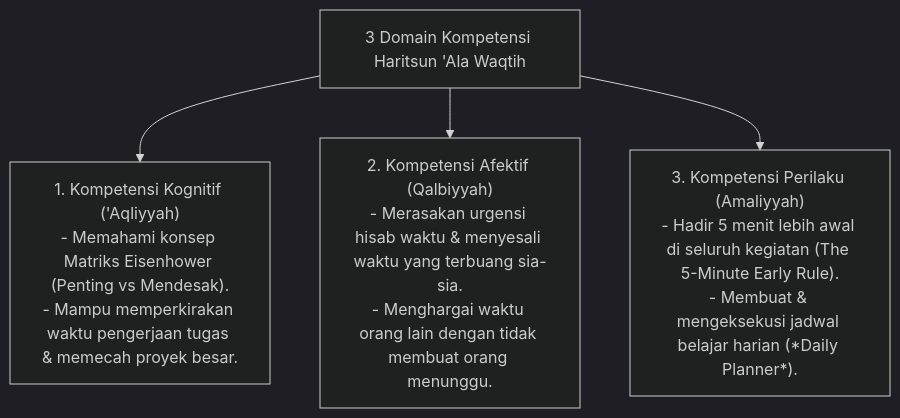
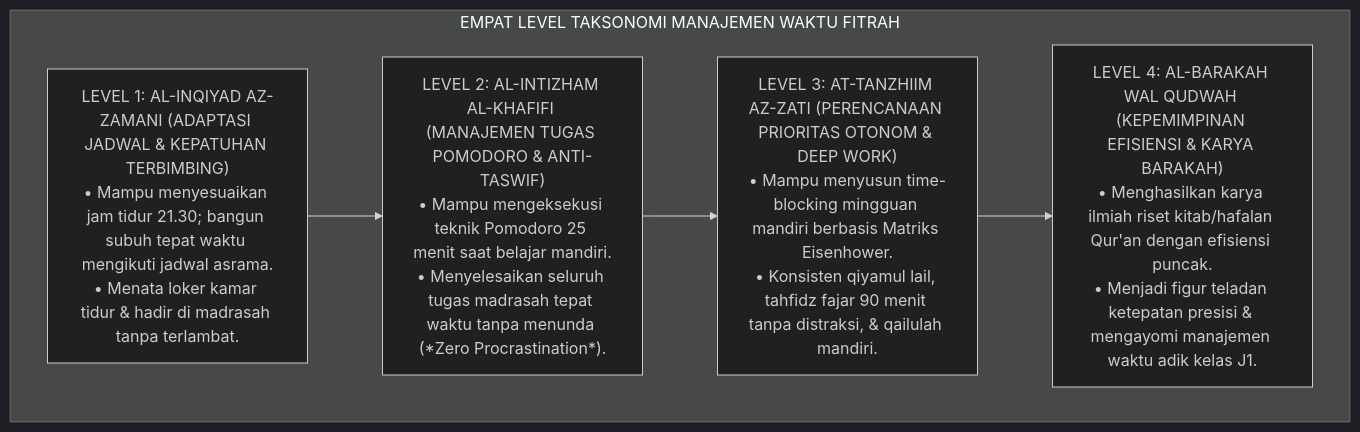
Before and after one commit to wandiapriliyandi/tumbuh: the sixth of 6 diagrams in 03 Capacity Framework/10 Haritsun Ala Waqtih/P3-10-05-Standar-Kompetensi-dan-Taksonomi.md, drawn with Mermaid (dark theme). The commit also changed other lines of this file and 14 other files, not shown here.

Commit message:
docs(03-capacity): complete all 15 research monographs for 10 Haritsun Ala Waqtih

````diff
--- a/03 Capacity Framework/10 Haritsun Ala Waqtih/P3-10-05-Standar-Kompetensi-dan-Taksonomi.md
+++ b/03 Capacity Framework/10 Haritsun Ala Waqtih/P3-10-05-Standar-Kompetensi-dan-Taksonomi.md
@@ -10,10 +163,14 @@
 ```mermaid
-graph TD
-    Domain["3 Domain Kompetensi Haritsun 'Ala Waqtih"]
-    
-    Domain --> K1["1. Kompetensi Kognitif ('Aqliyyah)<br/>- Memahami konsep Matriks Eisenhower (Penting vs Mendesak).<br/>- Mampu memperkirakan waktu pengerjaan tugas & memecah proyek besar."]
-    
-    Domain --> K2["2. Kompetensi Afektif (Qalbiyyah)<br/>- Merasakan urgensi hisab waktu & menyesali waktu yang terbuang sia-sia.<br/>- Menghargai waktu orang lain dengan tidak membuat orang menunggu."]
-    
-    Domain --> K3["3. Kompetensi Perilaku (Amaliyyah)<br/>- Hadir 5 menit lebih awal di seluruh kegiatan (The 5-Minute Early Rule).<br/>- Membuat & mengeksekusi jadwal belajar harian (*Daily Planner*)."]
+flowchart TD
+    subgraph HierarkiTaksonomiWaktuFitrah["EMPAT LEVEL TAKSONOMI MANAJEMEN WAKTU FITRAH"]
+        L4["LEVEL 4: AL-BARAKAH WAL QUDWAH (KEPEMIMPINAN EFISIENSI & KARYA BARAKAH)<br/>• Menghasilkan karya ilmiah riset kitab/hafalan Qur'an dengan efisiensi puncak.<br/>• Menjadi figur teladan ketepatan presisi & mengayomi manajemen waktu adik kelas J1."]
+        
+        L3["LEVEL 3: AT-TANZHIIM AZ-ZATI (PERENCANAAN PRIORITAS OTONOM & DEEP WORK)<br/>• Mampu menyusun time-blocking mingguan mandiri berbasis Matriks Eisenhower.<br/>• Konsisten qiyamul lail, tahfidz fajar 90 menit tanpa distraksi, & qailulah mandiri."]
+        
+        L2["LEVEL 2: AL-INTIZHAM AL-KHAFIFI (MANAJEMEN TUGAS POMODORO & ANTI-TASWIF)<br/>• Mampu mengeksekusi teknik Pomodoro 25 menit saat belajar mandiri.<br/>• Menyelesaikan seluruh tugas madrasah tepat waktu tanpa menunda (*Zero Procrastination*)."]
+        
+        L1["LEVEL 1: AL-INQIYAD AZ-ZAMANI (ADAPTASI JADWAL & KEPATUHAN TERBIMBING)<br/>• Mampu menyesuaikan jam tidur 21.30; bangun subuh tepat waktu mengikuti jadwal asrama.<br/>• Menata loker kamar tidur & hadir di madrasah tanpa terlambat."]
+        
+        L1 --> L2 --> L3 --> L4
+    end
 ```
````
